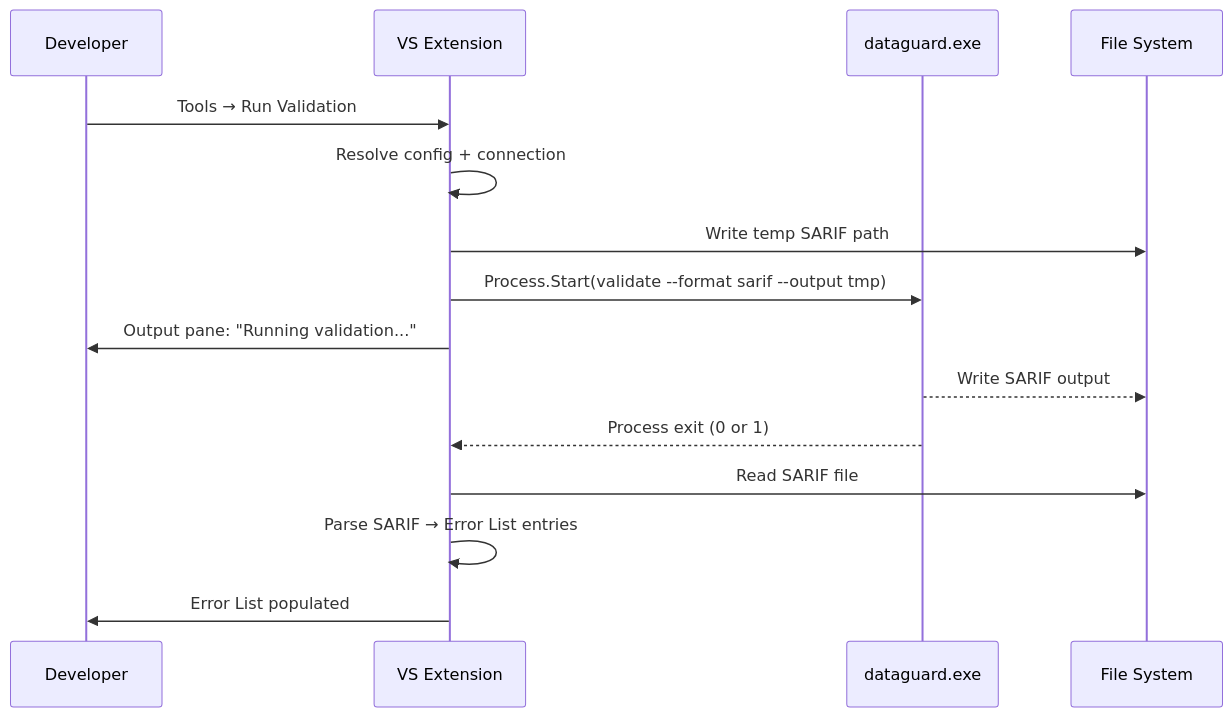
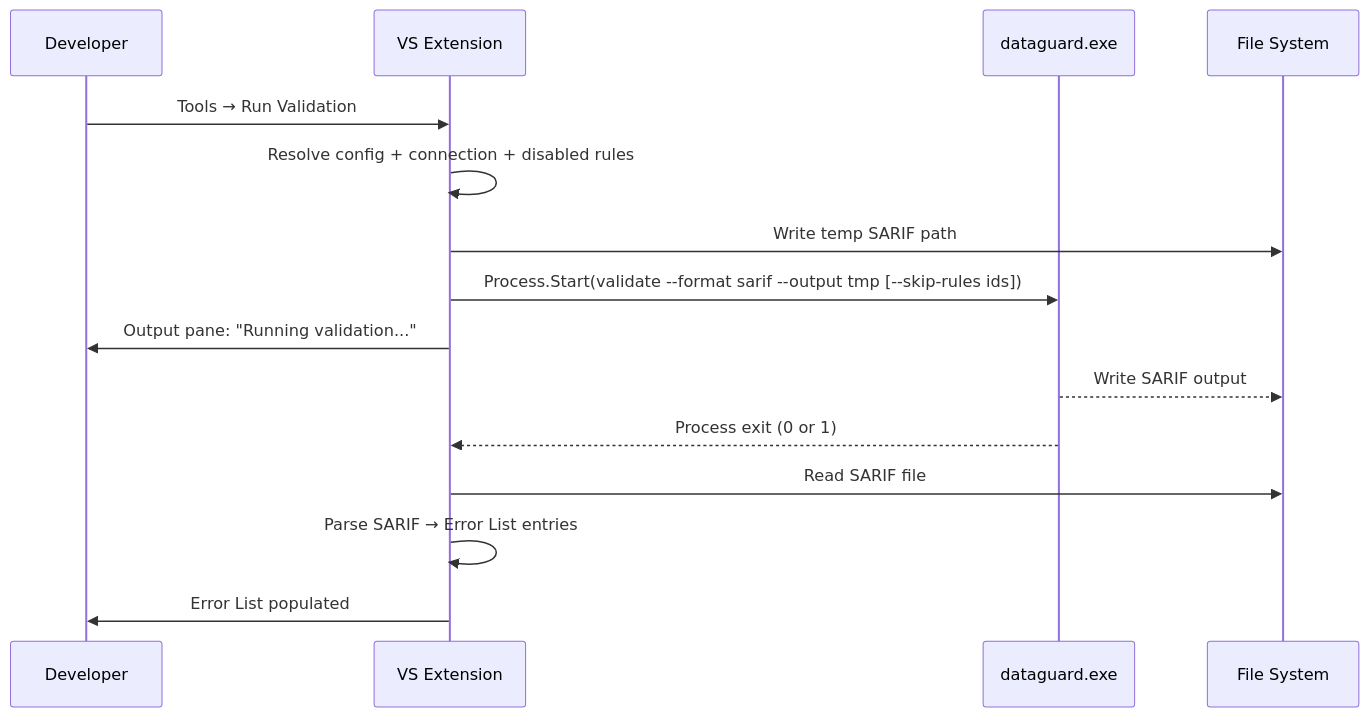
One commit to thanhnt-sm/eco_support_net_oracle changed the second of 2 diagrams in docs/03-components/tooling/visual-studio-extension.md. Above: the diagram before and after it, drawn with Mermaid. The commit also changed other lines of this file and 8 other files, not shown here.

Commit message:
feat(visualstudio): pass disabled rules to CLI via --skip-rules

````diff
--- a/docs/03-components/tooling/visual-studio-extension.md
+++ b/docs/03-components/tooling/visual-studio-extension.md
@@ -117,18 +117,18 @@
 ```mermaid
 sequenceDiagram
     participant User as Developer
     participant VS as VS Extension
     participant CLI as dataguard.exe
     participant FS as File System
 
     User->>VS: Tools → Run Validation
-    VS->>VS: Resolve config + connection
+    VS->>VS: Resolve config + connection + disabled rules
     VS->>FS: Write temp SARIF path
-    VS->>CLI: Process.Start(validate --format sarif --output tmp)
+    VS->>CLI: Process.Start(validate --format sarif --output tmp [--skip-rules ids])
     VS->>User: Output pane: "Running validation..."
     CLI-->>FS: Write SARIF output
     CLI-->>VS: Process exit (0 or 1)
     VS->>FS: Read SARIF file
     VS->>VS: Parse SARIF → Error List entries
     VS->>User: Error List populated
 ```
````
